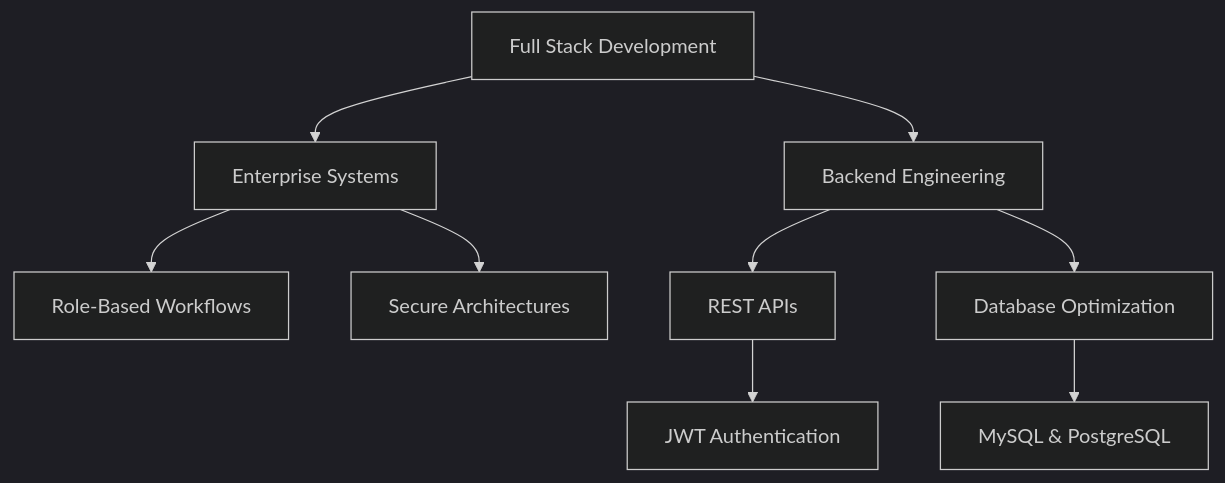
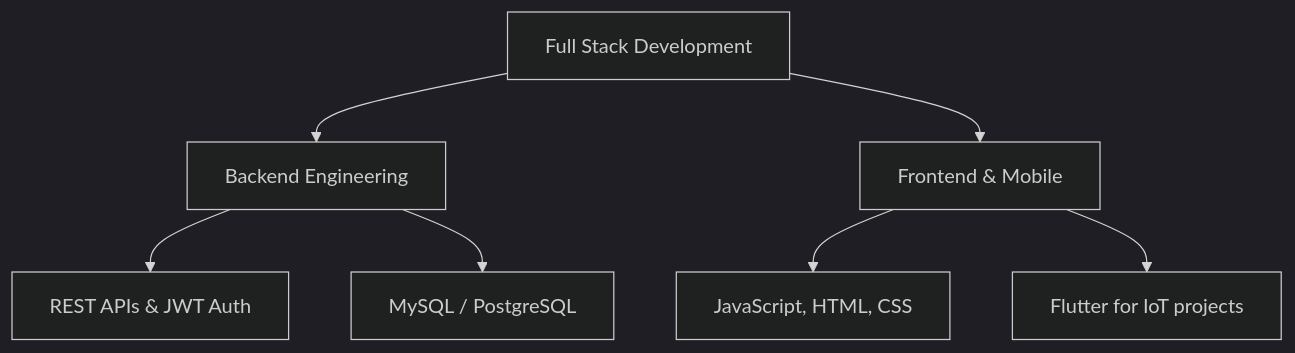
One commit to arpitanibedita/arpitanibedita changed the diagram in README.md. Above: the diagram before and after it, drawn with Mermaid (dark theme). The commit also changed other lines of this file, not shown here.

````diff
--- a/README.md
+++ b/README.md
@@ -93,11 +84,9 @@
 ```mermaid
 graph TD
-  A[Full Stack Development] --> B[Enterprise Systems]
-  A --> C[Backend Engineering]
-  B --> D[Role-Based Workflows]
-  B --> E[Secure Architectures]
-  C --> F[REST APIs]
-  C --> G[Database Optimization]
-  F --> H[JWT Authentication]
-  G --> I[MySQL & PostgreSQL]
+  A[Full Stack Development] --> B[Backend Engineering]
+  A --> C[Frontend & Mobile]
+  B --> D[REST APIs & JWT Auth]
+  B --> E[MySQL / PostgreSQL]
+  C --> F[JavaScript, HTML, CSS]
+  C --> G[Flutter for IoT projects]
 ```
````
